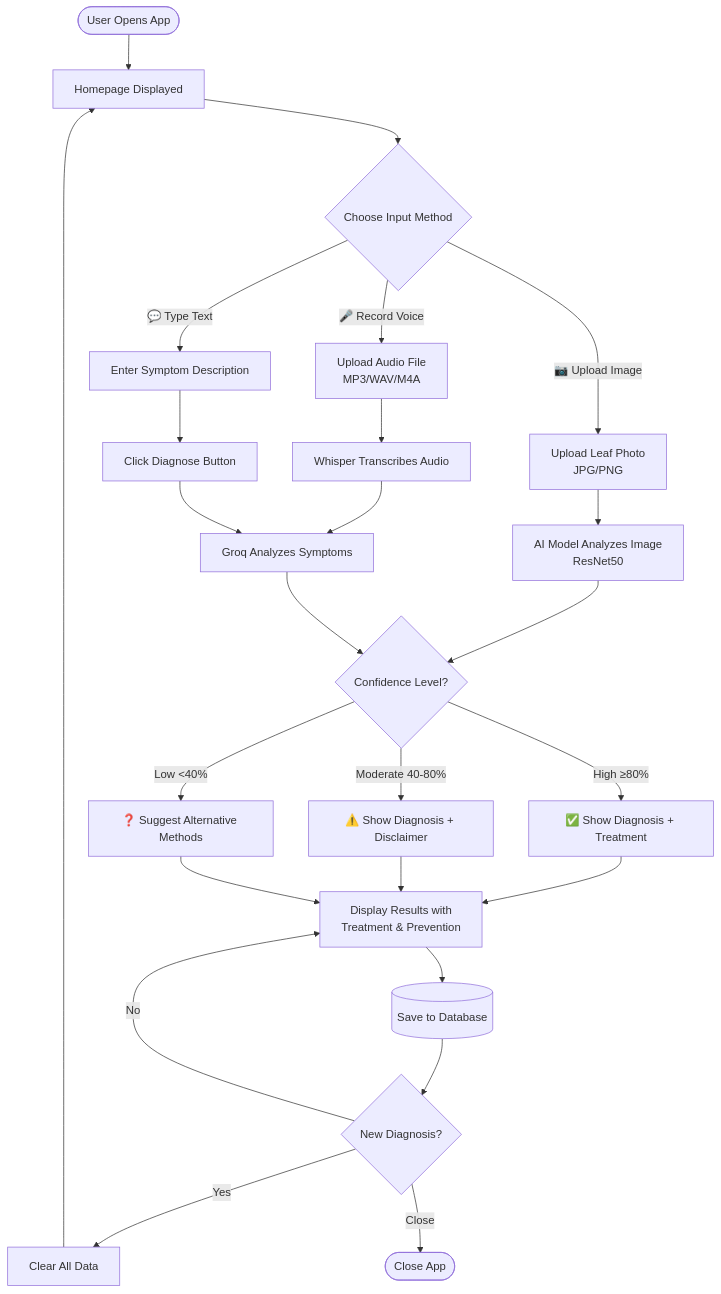
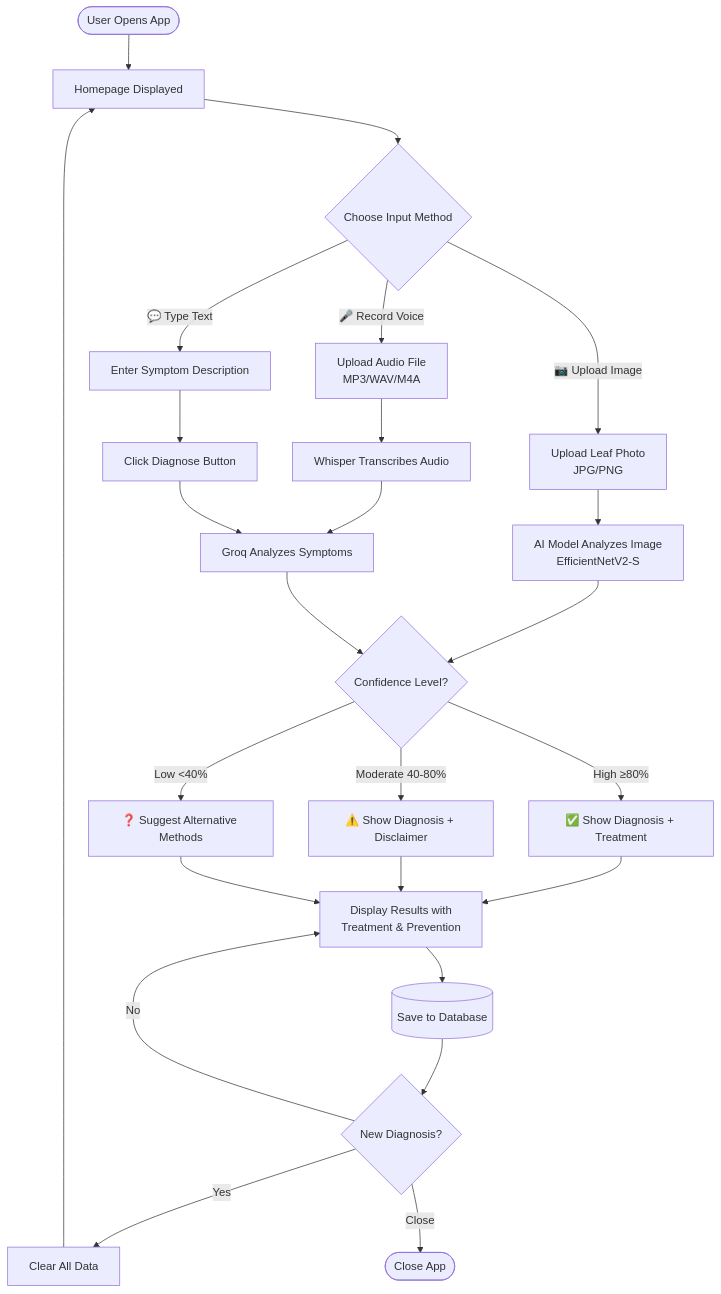
Before and after one commit to springboardmentor88888-mahaprasad/Intern-PlantChatBot-Project: the second of 3 diagrams in README.md, drawn with Mermaid. The commit also changed other lines of this file and 8 other files, not shown here.

Commit message:
Migrate to EfficientNetV2-Small (16 classes) with timm, add Not_a_Plant guard, add Train3.ipynb

````diff
--- a/README.md
+++ b/README.md
@@ -75,35 +75,35 @@
 ```mermaid
 flowchart TD
     Start([User Opens App]) --> Landing[Homepage Displayed]
     
     Landing --> ChooseInput{Choose Input Method}
     
     ChooseInput -->|📷 Upload Image| UploadImg[Upload Leaf Photo<br/>JPG/PNG]
     ChooseInput -->|🎤 Record Voice| UploadVoice[Upload Audio File<br/>MP3/WAV/M4A]
     ChooseInput -->|💬 Type Text| EnterText[Enter Symptom Description]
     
-    UploadImg --> ProcessImg[AI Model Analyzes Image<br/>ResNet50]
+    UploadImg --> ProcessImg[AI Model Analyzes Image<br/>EfficientNetV2-S]
     UploadVoice --> Transcribe[Whisper Transcribes Audio]
     EnterText --> ClickDiagnose[Click Diagnose Button]
     
     Transcribe --> AnalyzeSymptoms[Groq Analyzes Symptoms]
     ClickDiagnose --> AnalyzeSymptoms
     
     ProcessImg --> CheckConfidence{Confidence Level?}
     AnalyzeSymptoms --> CheckConfidence
     
     CheckConfidence -->|High ≥80%| HighConf[✅ Show Diagnosis + Treatment]
     CheckConfidence -->|Moderate 40-80%| ModConf[⚠️ Show Diagnosis + Disclaimer]
     CheckConfidence -->|Low <40%| LowConf[❓ Suggest Alternative Methods]
     
     HighConf --> DisplayResult[Display Results with<br/>Treatment & Prevention]
     ModConf --> DisplayResult
     LowConf --> DisplayResult
     
     DisplayResult --> SaveHistory[(Save to Database)]
     SaveHistory --> NewDiagnosis{New Diagnosis?}
     
     NewDiagnosis -->|Yes| ClearState[Clear All Data] --> Landing
     NewDiagnosis -->|No| DisplayResult
     NewDiagnosis -->|Close| End([Close App])
 ```
````
